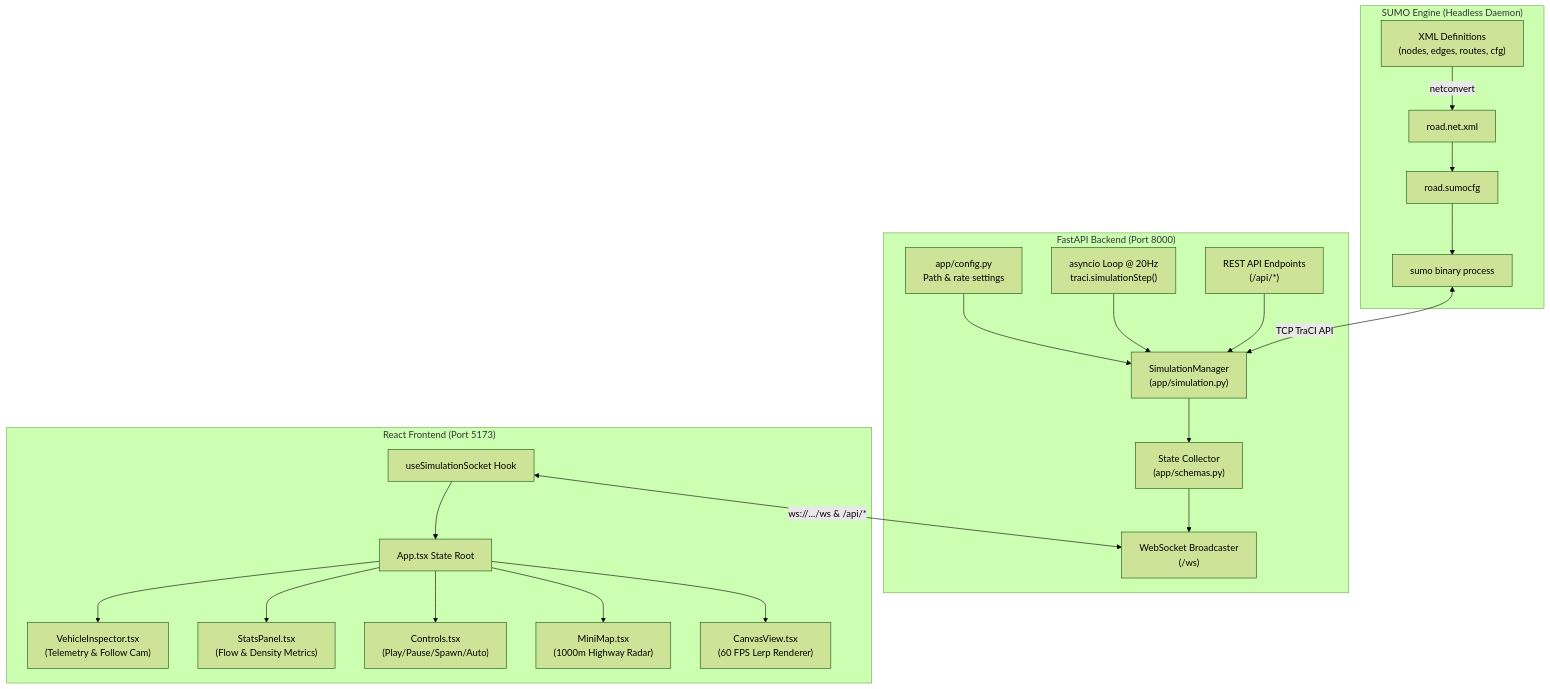
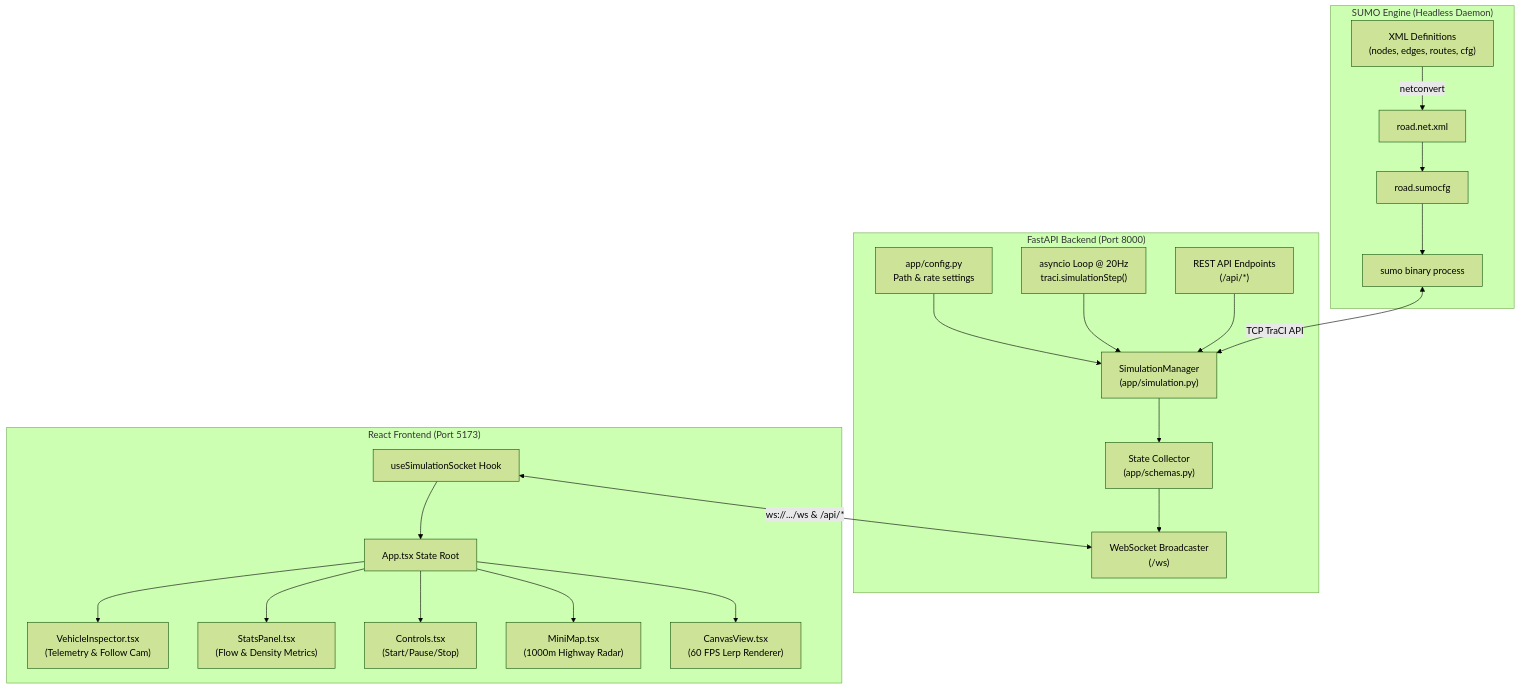
The diagram in AGENTS.md (vkivaturi/traffis), drawn with Mermaid (forest theme) before and after one commit. The commit also changed other lines of this file and 17 other files, not shown here.

````diff
--- a/AGENTS.md
+++ b/AGENTS.md
@@ -19,27 +19,27 @@
 ```mermaid
 flowchart TD
     subgraph SUMO_Engine ["SUMO Engine (Headless Daemon)"]
         XML["XML Definitions<br/>(nodes, edges, routes, cfg)"] -->|netconvert| NET["road.net.xml"]
         NET --> SUMOCFG["road.sumocfg"]
         SUMOCFG --> PROC["sumo binary process"]
     end
 
     subgraph Backend ["FastAPI Backend (Port 8000)"]
         CONF["app/config.py<br/>Path & rate settings"] --> SM["SimulationManager<br/>(app/simulation.py)"]
         PROC <-->|TCP TraCI API| SM
         LOOP["asyncio Loop @ 20Hz<br/>traci.simulationStep()"] --> SM
         SM --> STATE["State Collector<br/>(app/schemas.py)"]
         STATE --> WS["WebSocket Broadcaster<br/>(/ws)"]
         REST["REST API Endpoints<br/>(/api/*)"] --> SM
     end
 
     subgraph Frontend ["React Frontend (Port 5173)"]
         SOCK["useSimulationSocket Hook"] <-->|ws://.../ws & /api/*| WS
         SOCK --> APP["App.tsx State Root"]
         APP --> CV["CanvasView.tsx<br/>(60 FPS Lerp Renderer)"]
         APP --> MM["MiniMap.tsx<br/>(1000m Highway Radar)"]
-        APP --> CTRL["Controls.tsx<br/>(Play/Pause/Spawn/Auto)"]
+        APP --> CTRL["Controls.tsx<br/>(Start/Pause/Stop)"]
         APP --> STATS["StatsPanel.tsx<br/>(Flow & Density Metrics)"]
         APP --> INSP["VehicleInspector.tsx<br/>(Telemetry & Follow Cam)"]
     end
 ```
````
